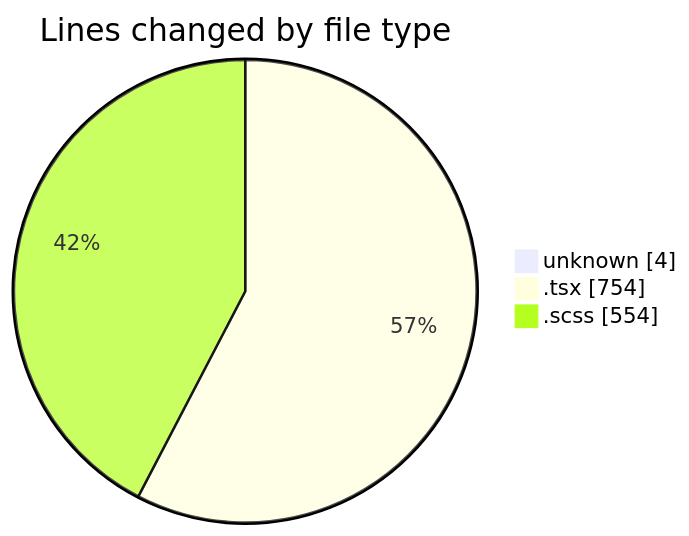
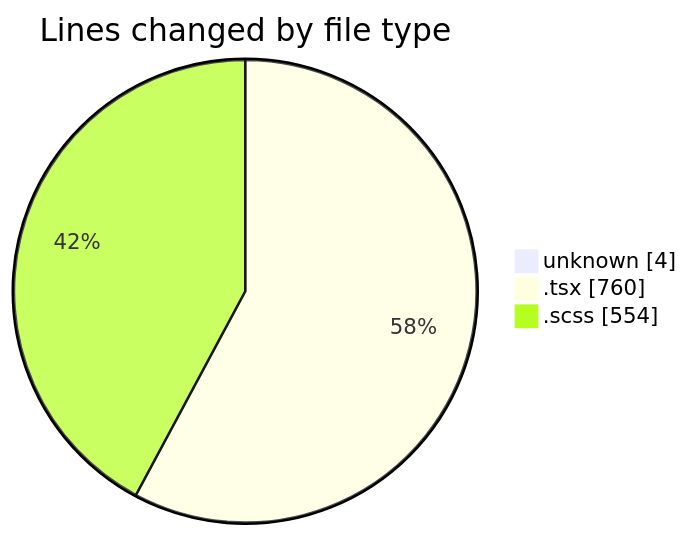
The first of 2 diagrams in 2025-02-14/cda/README.md (momahboobian/code-tracking), drawn with Mermaid before and after one commit. The commit also changed other lines of this file and 1 other file, not shown here.

````diff
--- a/2025-02-14/cda/README.md
+++ b/2025-02-14/cda/README.md
@@ -27,7 +27,7 @@
 ```mermaid
 pie showData
 title Lines changed by file type
 "unknown" : 4
-".tsx" : 754
+".tsx" : 760
 ".scss" : 554
 ```
````
